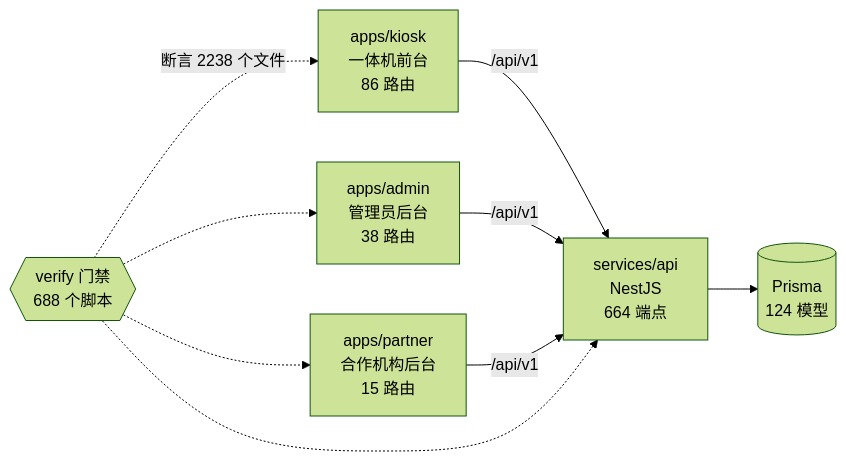
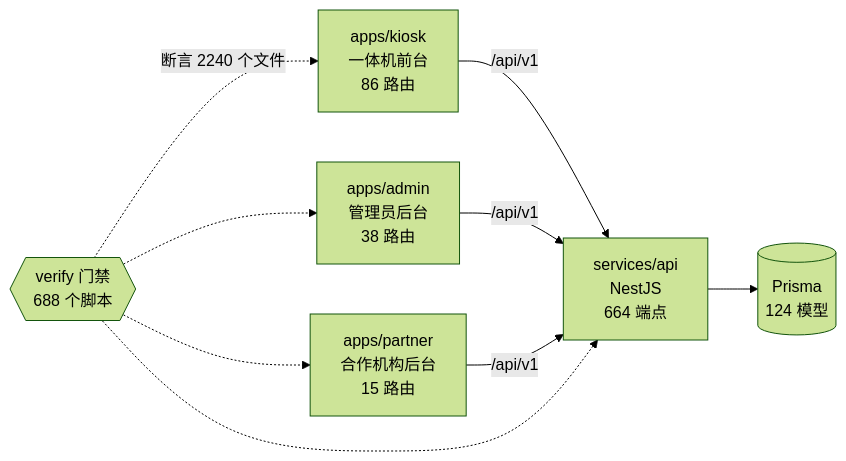
Before and after one commit to wanglei581/YITIJI: the diagram in docs/graph/README.md, drawn with Mermaid (forest theme). The commit also changed other lines of this file and 3 other files, not shown here.

````diff
--- a/docs/graph/README.md
+++ b/docs/graph/README.md
@@ -68,18 +68,18 @@
 ```mermaid
 flowchart LR
   kiosk["apps/kiosk<br/>一体机前台<br/>86 路由"]
   admin["apps/admin<br/>管理员后台<br/>38 路由"]
   partner["apps/partner<br/>合作机构后台<br/>15 路由"]
   api["services/api<br/>NestJS<br/>664 端点"]
   db[("Prisma<br/>124 模型")]
   gates{{"verify 门禁<br/>688 个脚本"}}
 
   kiosk -->|"/api/v1"| api
   admin -->|"/api/v1"| api
   partner -->|"/api/v1"| api
   api --> db
-  gates -.->|"断言 2238 个文件"| kiosk
+  gates -.->|"断言 2240 个文件"| kiosk
   gates -.-> admin
   gates -.-> partner
   gates -.-> api
 ```
````
